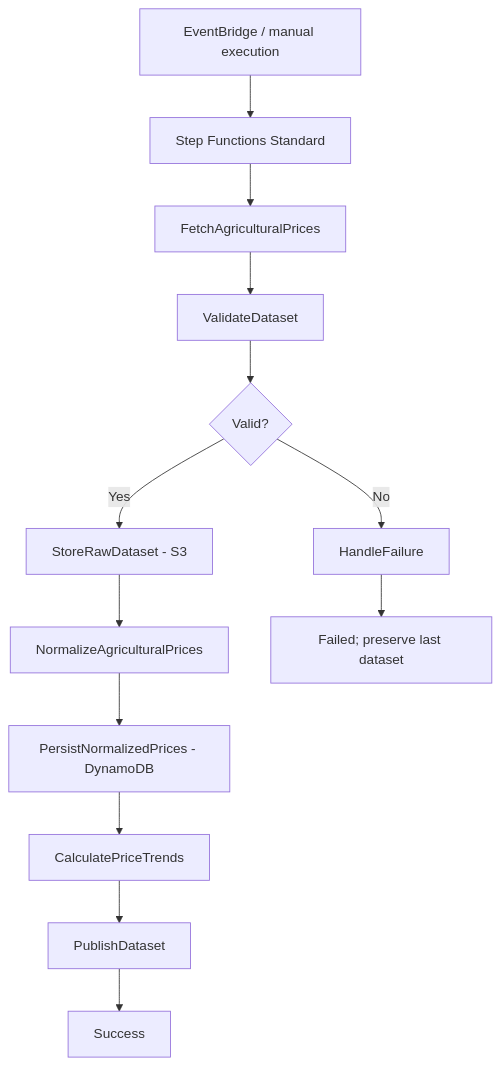
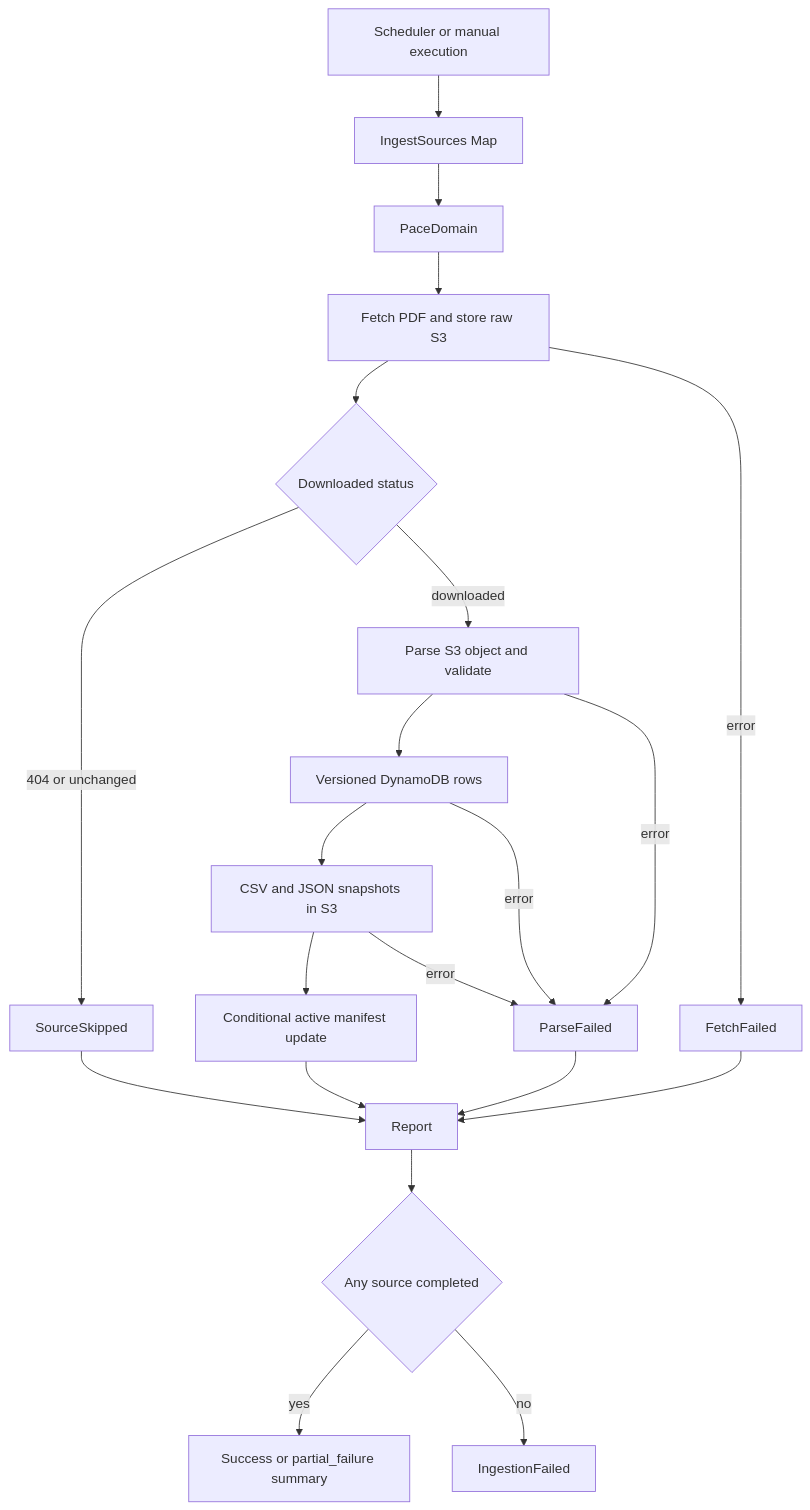
The diagram in docs/diagrams/ingestion-workflow.mmd (sagoyanfisic/aws-tambooh), drawn with Mermaid before and after one commit. The commit also changed other lines of this file and 48 other files, not shown here.

````diff
--- a/docs/diagrams/ingestion-workflow.mmd
+++ b/docs/diagrams/ingestion-workflow.mmd
@@ -1,15 +1,21 @@
-```mermaid
 flowchart TD
- A[EventBridge / manual execution] --> B[Step Functions Standard]
- B --> C[FetchAgriculturalPrices]
- C --> D[ValidateDataset]
- D --> E{Valid?}
- E -->|Yes| F[StoreRawDataset - S3]
- F --> G[NormalizeAgriculturalPrices]
- G --> H[PersistNormalizedPrices - DynamoDB]
- H --> I[CalculatePriceTrends]
- I --> J[PublishDataset]
- J --> K[Success]
- E -->|No| L[HandleFailure]
- L --> M[Failed; preserve last dataset]
-```
+    A[Scheduler or manual execution] --> B[IngestSources Map]
+    B --> W[PaceDomain]
+    W --> C[Fetch PDF and store raw S3]
+    C --> D{Downloaded status}
+    D -->|404 or unchanged| S[SourceSkipped]
+    D -->|downloaded| P[Parse S3 object and validate]
+    P --> H[Versioned DynamoDB rows]
+    H --> J[CSV and JSON snapshots in S3]
+    J --> K[Conditional active manifest update]
+    C -->|error| F[FetchFailed]
+    P -->|error| G[ParseFailed]
+    H -->|error| G
+    J -->|error| G
+    K --> R[Report]
+    S --> R
+    F --> R
+    G --> R
+    R --> E{Any source completed}
+    E -->|yes| OK[Success or partial_failure summary]
+    E -->|no| FAIL[IngestionFailed]
````
